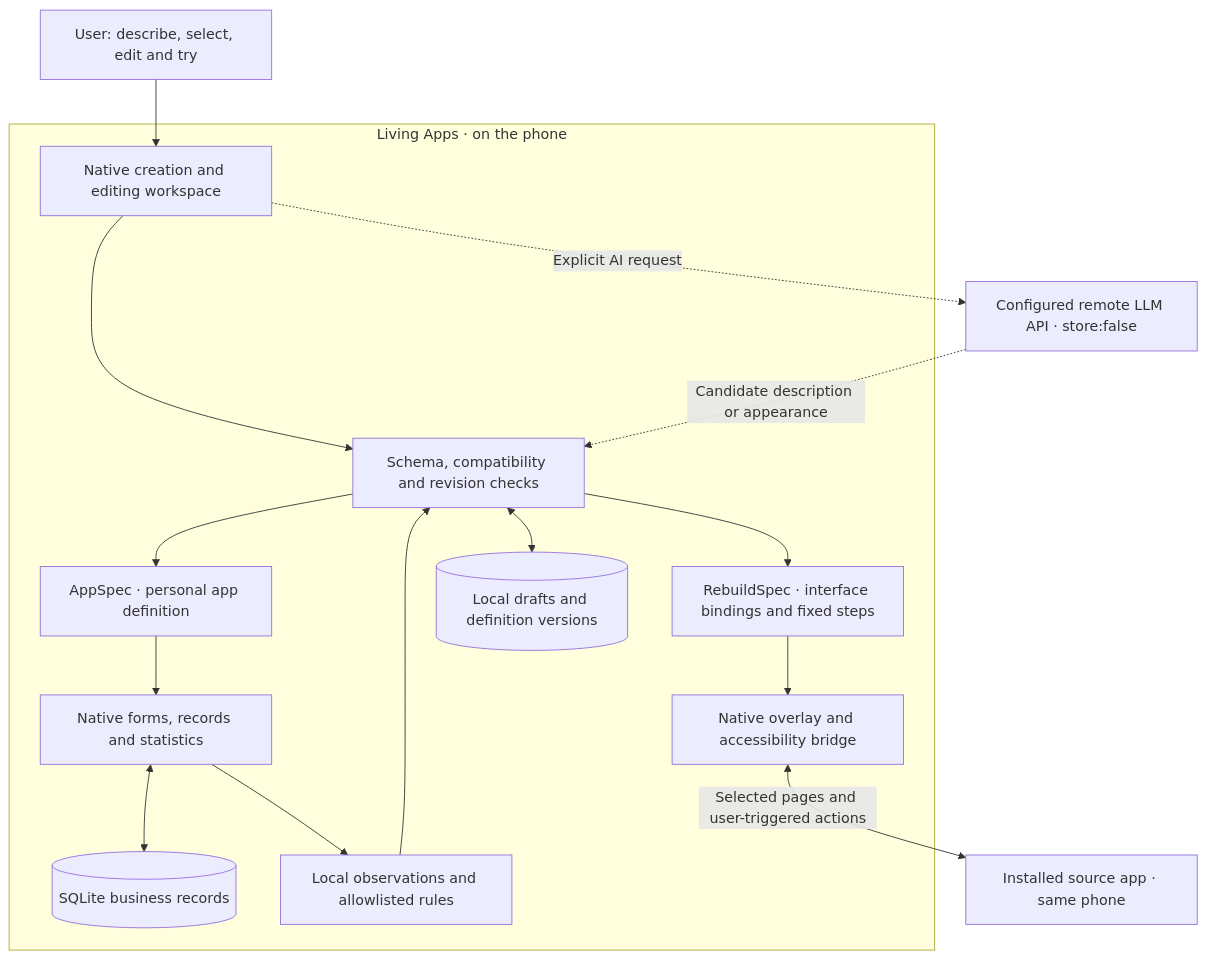
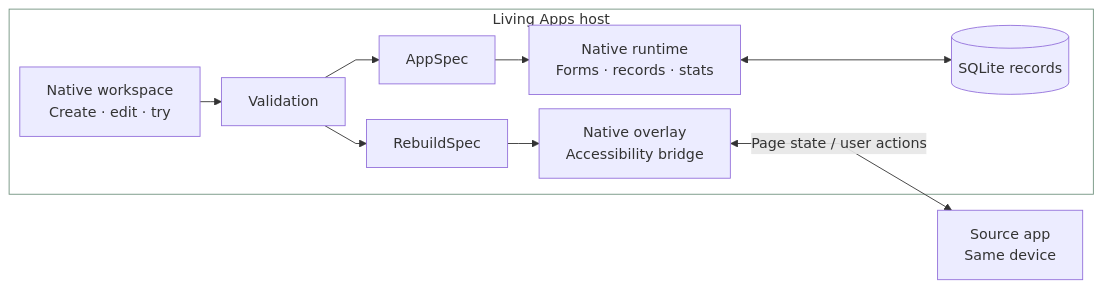
The diagram in README.md (Jayden-Lin97/living-apps), drawn with Mermaid before and after one commit. The commit also changed other lines of this file and 1 other file, not shown here.

Commit message:
Make bilingual technical architecture diagram compact and horizontal

````diff
--- a/README.md
+++ b/README.md
@@ -63,27 +63,12 @@
 ```mermaid
-flowchart TB
-  User["User: describe, select, edit and try"]
-  API["Configured remote LLM API · store:false"]
-  Source["Installed source app · same phone"]
-  subgraph Host["Living Apps · on the phone"]
-    UI["Native creation and editing workspace"]
-    Check["Schema, compatibility and revision checks"]
-    App["AppSpec · personal app definition"]
-    Runtime["Native forms, records and statistics"]
-    Data[("SQLite business records")]
-    Rebuild["RebuildSpec · interface bindings and fixed steps"]
-    Bridge["Native overlay and accessibility bridge"]
-    History[("Local drafts and definition versions")]
-    Observe["Local observations and allowlisted rules"]
-    UI --> Check
-    Check --> App --> Runtime
-    Runtime <--> Data
-    Check --> Rebuild --> Bridge
-    Check <--> History
-    Runtime --> Observe --> Check
+%%{init: {"flowchart": {"nodeSpacing": 16, "rankSpacing": 24, "curve": "linear"}}}%%
+flowchart LR
+  subgraph Host["Living Apps host"]
+    UI["Native workspace<br/>Create · edit · try"] --> Check["Validation"]
+    Check --> App["AppSpec"] --> Runtime["Native runtime<br/>Forms · records · stats"]
+    Runtime <--> Data[("SQLite records")]
+    Check --> Rebuild["RebuildSpec"] --> Bridge["Native overlay<br/>Accessibility bridge"]
   end
-  User --> UI
-  UI -. "Explicit AI request" .-> API
-  API -. "Candidate description or appearance" .-> Check
-  Bridge <-->|"Selected pages and user-triggered actions"| Source
+  Bridge <-->|"Page state / user actions"| Source["Source app<br/>Same device"]
+  style Host fill:transparent,stroke:#71927f,stroke-width:1px
 ```
````
